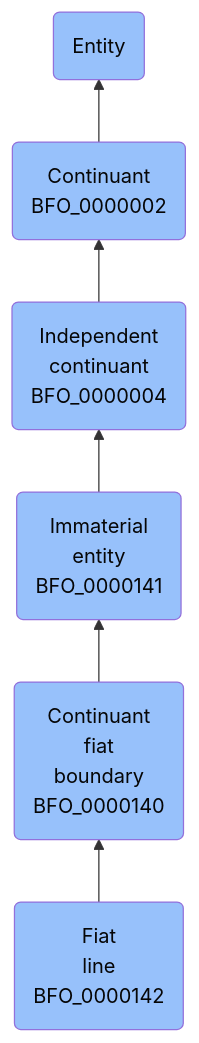
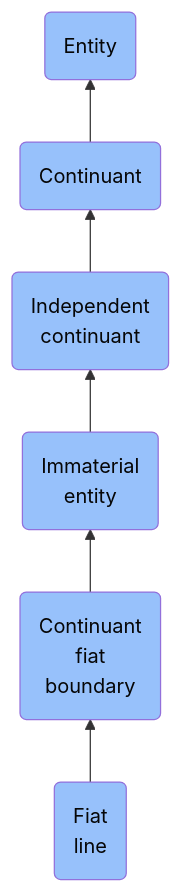
The diagram in docs/ontology/reference/model/Entity/Continuant/Independent continuant/Immaterial entity/Continuant fiat boundary/Fiat line/Fiat line.md (jupyter-naas/abi), drawn with Mermaid before and after one commit. The commit also changed other lines of this file and 1430 other files, not shown here.

````diff
--- a/docs/ontology/reference/model/Entity/Continuant/Independent continuant/Immaterial entity/Continuant fiat boundary/Fiat line/Fiat line.md
+++ b/docs/ontology/reference/model/Entity/Continuant/Independent continuant/Immaterial entity/Continuant fiat boundary/Fiat line/Fiat line.md
@@ -24,13 +24,13 @@
 ```mermaid
 graph BT
-    BFO_0000142(Fiat<br>line<br>BFO_0000142):::BFO-->BFO_0000140
-    BFO_0000140(Continuant<br>fiat<br>boundary<br>BFO_0000140):::BFO-->BFO_0000141
-    BFO_0000141(Immaterial<br>entity<br>BFO_0000141):::BFO-->BFO_0000004
-    BFO_0000004(Independent<br>continuant<br>BFO_0000004):::BFO-->BFO_0000002
-    BFO_0000002(Continuant<br>BFO_0000002):::BFO-->BFO_0000001
+    BFO_0000142(Fiat<br>line):::BFO-->BFO_0000140
+    BFO_0000140(Continuant<br>fiat<br>boundary):::BFO-->BFO_0000141
+    BFO_0000141(Immaterial<br>entity):::BFO-->BFO_0000004
+    BFO_0000004(Independent<br>continuant):::BFO-->BFO_0000002
+    BFO_0000002(Continuant):::BFO-->BFO_0000001
     BFO_0000001(Entity):::BFO
     
     classDef BFO fill:#97c1fb,color:#060606
     classDef CCO fill:#e4c51e,color:#060606
     classDef ABI fill:#48DD82,color:#060606
 ```
````
